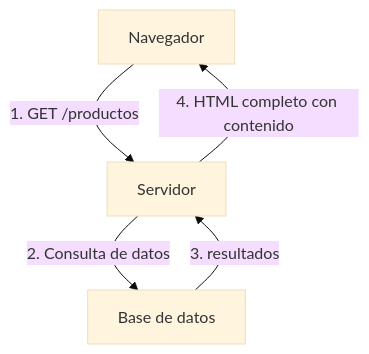
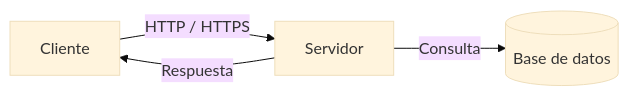
The first of 13 diagrams in docs/u01/index.md (ATorresCode/dwes), drawn with Mermaid (base theme) before and after one commit. The commit also changed other lines of this file and 5 other files, not shown here.

````diff
--- a/docs/u01/index.md
+++ b/docs/u01/index.md
@@ -147,11 +9,6 @@
 ```mermaid
-graph TD
-  browser[Navegador]
-  server[Servidor]
-  database[Base de datos]
-
-  browser -->|1. GET /productos| server
-  server -->|2. Consulta de datos| database
-  database -->|3. resultados| server
-  server -->|4. HTML completo con contenido| browser
+graph LR
+  Cliente[Cliente] -->|HTTP / HTTPS| Servidor[Servidor]
+  Servidor -->|Consulta| BaseDatos[(Base de datos)]
+  Servidor -->|Respuesta| Cliente
 ```
````
